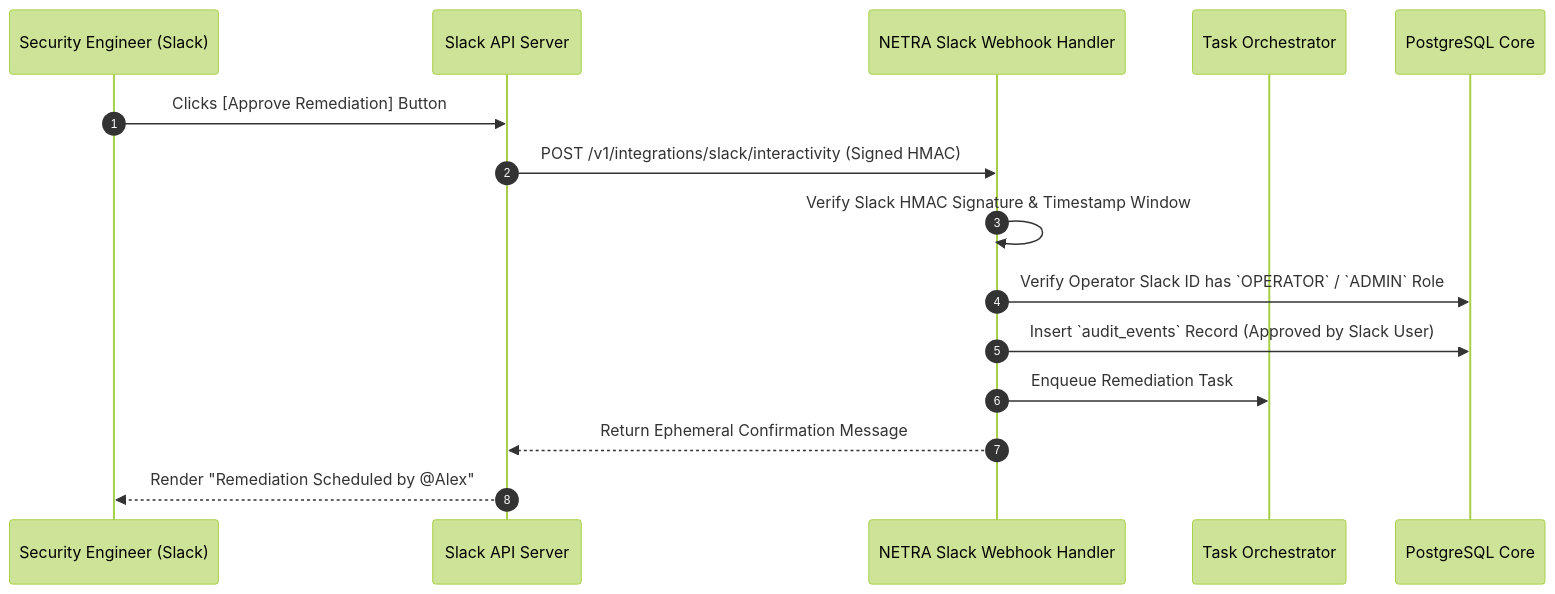
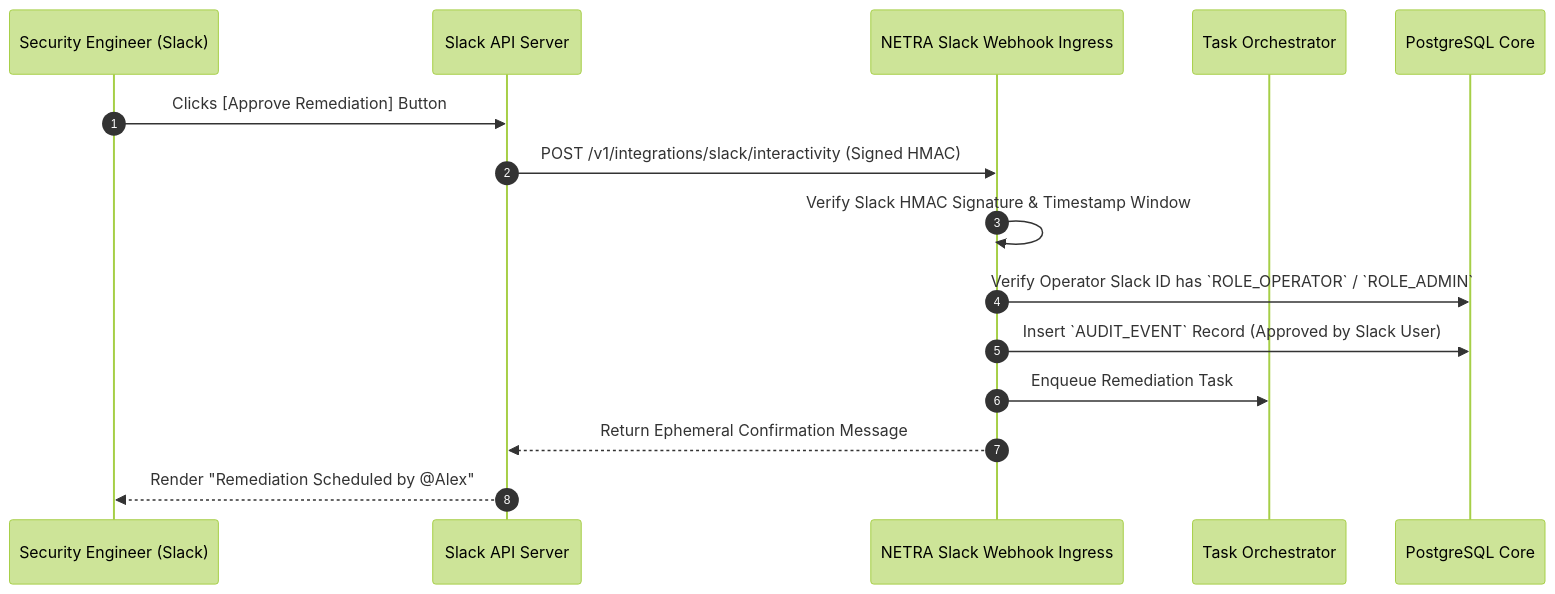
Before and after one commit to Subhadip-Paul2006/NETRA-Backend: the second of 3 diagrams in docs/SLACK.md, drawn with Mermaid (forest theme). The commit also changed other lines of this file and 15 other files, not shown here.

Commit message:
docs: establish authoritative open-source academic architecture & technical specification suite

````diff
--- a/docs/SLACK.md
+++ b/docs/SLACK.md
@@ -101,18 +95,18 @@
 ```mermaid
 sequenceDiagram
     autonumber
     participant Operator as Security Engineer (Slack)
     participant SlackAPI as Slack API Server
-    participant Gateway as NETRA Slack Webhook Handler
+    participant Gateway as NETRA Slack Webhook Ingress
     participant TaskOrch as Task Orchestrator
     participant DB as PostgreSQL Core
 
     Operator->>SlackAPI: Clicks [Approve Remediation] Button
     SlackAPI->>Gateway: POST /v1/integrations/slack/interactivity (Signed HMAC)
     Gateway->>Gateway: Verify Slack HMAC Signature & Timestamp Window
-    Gateway->>DB: Verify Operator Slack ID has `OPERATOR` / `ADMIN` Role
-    Gateway->>DB: Insert `audit_events` Record (Approved by Slack User)
+    Gateway->>DB: Verify Operator Slack ID has `ROLE_OPERATOR` / `ROLE_ADMIN`
+    Gateway->>DB: Insert `AUDIT_EVENT` Record (Approved by Slack User)
     Gateway->>TaskOrch: Enqueue Remediation Task
     Gateway-->>SlackAPI: Return Ephemeral Confirmation Message
     SlackAPI-->>Operator: Render "Remediation Scheduled by @Alex"
 ```
````
